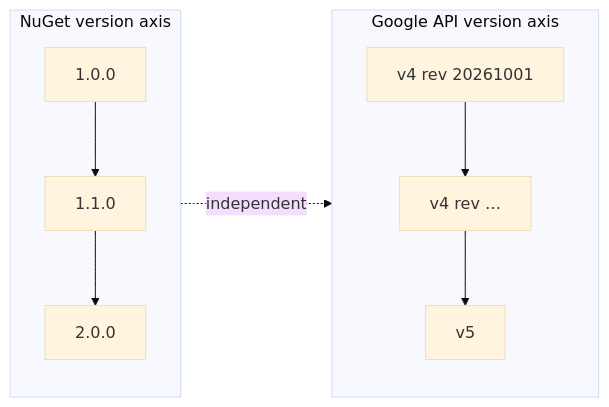
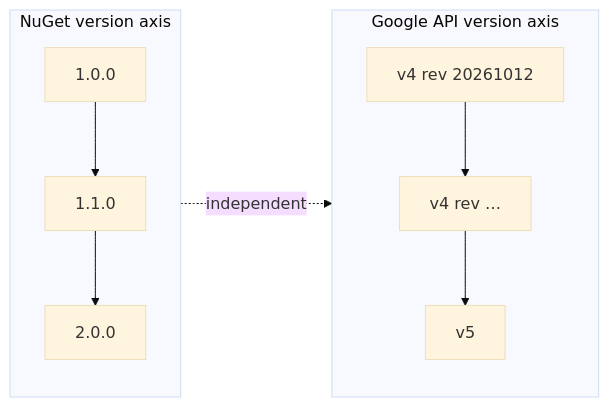
One commit to kkdev92/health-data-dotnet changed the diagram in docs/compatibility.md. Above: the diagram before and after it, drawn with Mermaid (base theme). The commit also changed 262 other files, not shown here.

````diff
--- a/docs/compatibility.md
+++ b/docs/compatibility.md
@@ -6,10 +6,10 @@
 ```mermaid
 flowchart LR
     subgraph NUGET["NuGet version axis"]
         N1["1.0.0"] --> N2["1.1.0"] --> N3["2.0.0"]
     end
     subgraph GOOGLE["Google API version axis"]
-        G1["v4 rev 20261001"] --> G2["v4 rev …"] --> G3["v5"]
+        G1["v4 rev 20261012"] --> G2["v4 rev …"] --> G3["v5"]
     end
     NUGET -.->|"independent"| GOOGLE
 ```
````
